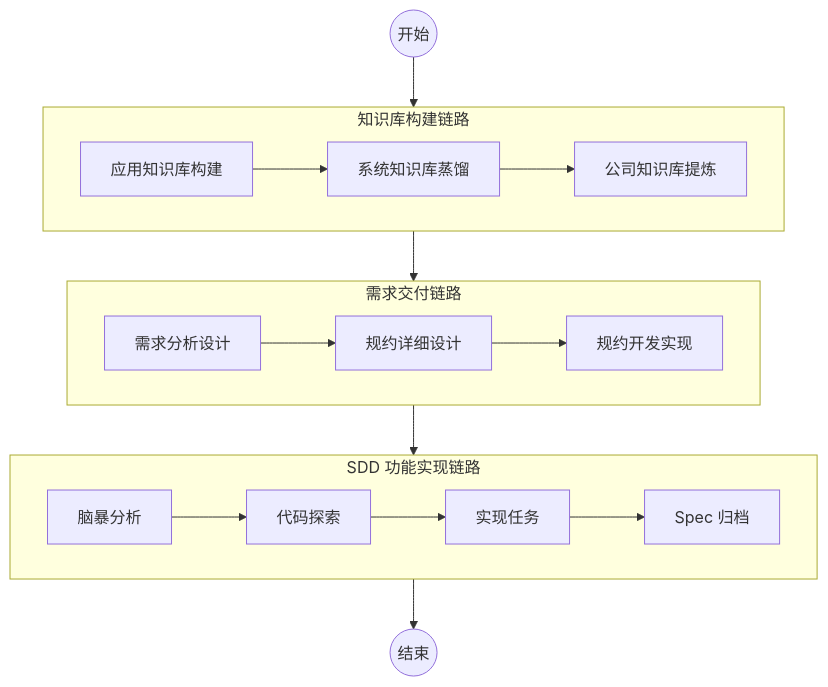
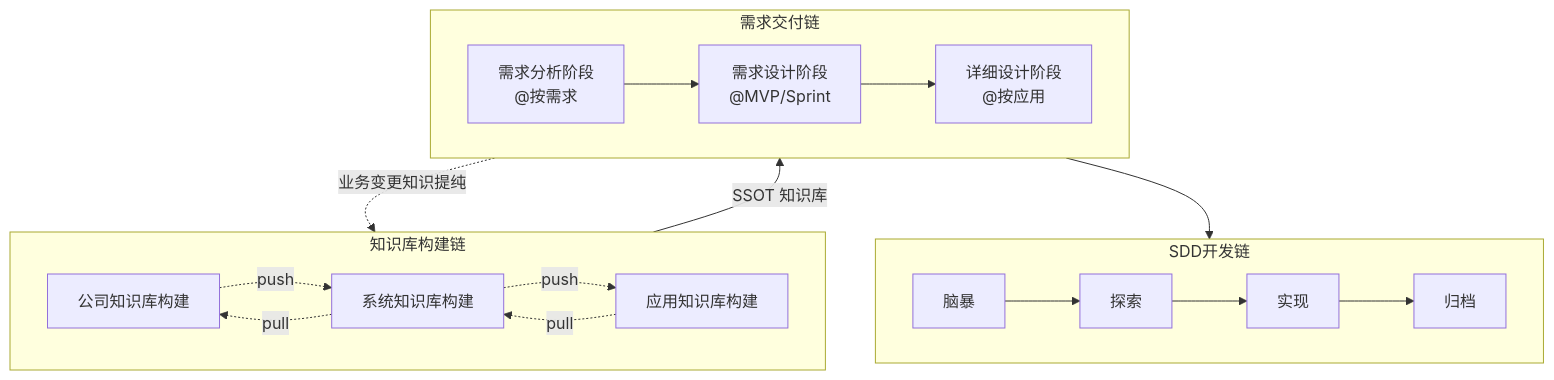
One commit to oleewen/ai-knowledge changed the first of 6 diagrams in README.md. Above: the diagram before and after it, drawn with Mermaid. The commit also changed other lines of this file and 21 other files, not shown here.

````diff
--- a/README.md
+++ b/README.md
@@ -177,22 +189,27 @@
 ```mermaid
 flowchart TD
-    S((开始)) --> KB
-    KB --> RD
-    RD --> SDD
-    SDD --> Z((结束))
+    subgraph KB["知识库构建链"]
+        direction LR
+        KB_COMPANY["公司知识库构建"]
+        KB_SYSTEM["系统知识库构建"]
+        KB_APP["应用知识库构建"]
 
-    subgraph KB["知识库构建链路"]
-      direction LR
-      application["应用知识库构建"] --> system["系统知识库蒸馏"] --> company["公司知识库提炼"]
+        KB_COMPANY -. push .-> KB_SYSTEM -. push .-> KB_APP
+        KB_APP -. pull .-> KB_SYSTEM -. pull .-> KB_COMPANY
+    end
+    subgraph RD["需求交付链"]
+        direction LR
+        ANALYSIS["需求分析阶段<br/>@按需求"]
+        DESIGN["需求设计阶段<br/>@MVP/Sprint"]
+        DETAIL["详细设计阶段<br/>@按应用"]
+        ANALYSIS --> DESIGN --> DETAIL 
+    end
+    subgraph SDD["SDD开发链"]
+        direction LR
+        I1[脑暴] --> I2[探索] --> I3[实现] --> I4[归档]
     end
 
-    subgraph RD["需求交付链路"]
-      direction LR
-      a["需求分析设计"] --> d["规约详细设计"] --> r["规约开发实现"]
-    end
+    RD -. 业务变更知识提纯 .-> KB
+    KB -- SSOT 知识库 --> RD --> SDD
 
-    subgraph SDD["SDD 功能实现链路"]
-      direction LR
-      brainstorming["脑暴分析"] --> explore["代码探索"] --> apply["实现任务"] --> archive["Spec 归档"]
-    end
 ```
````
